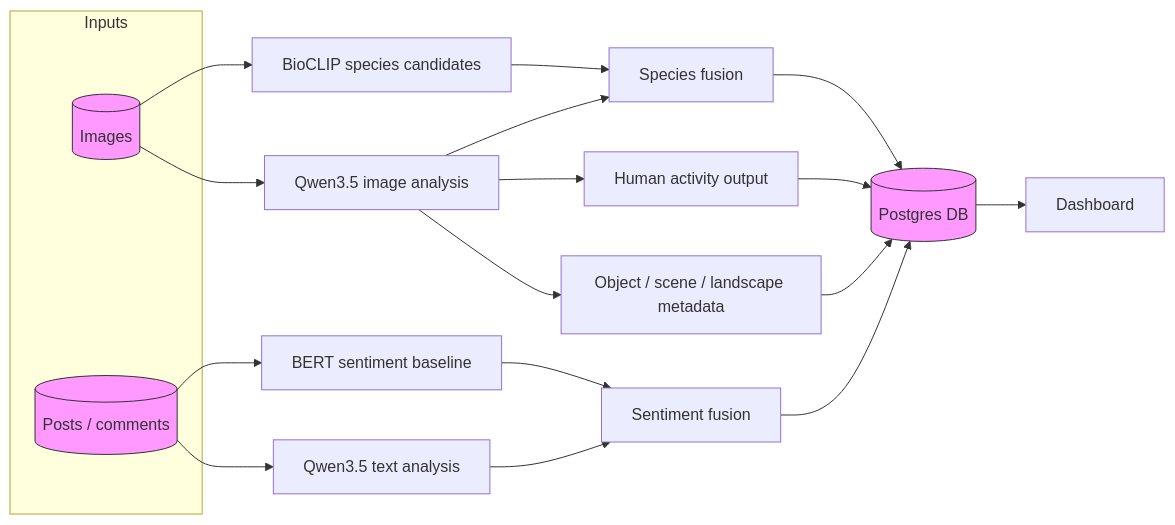
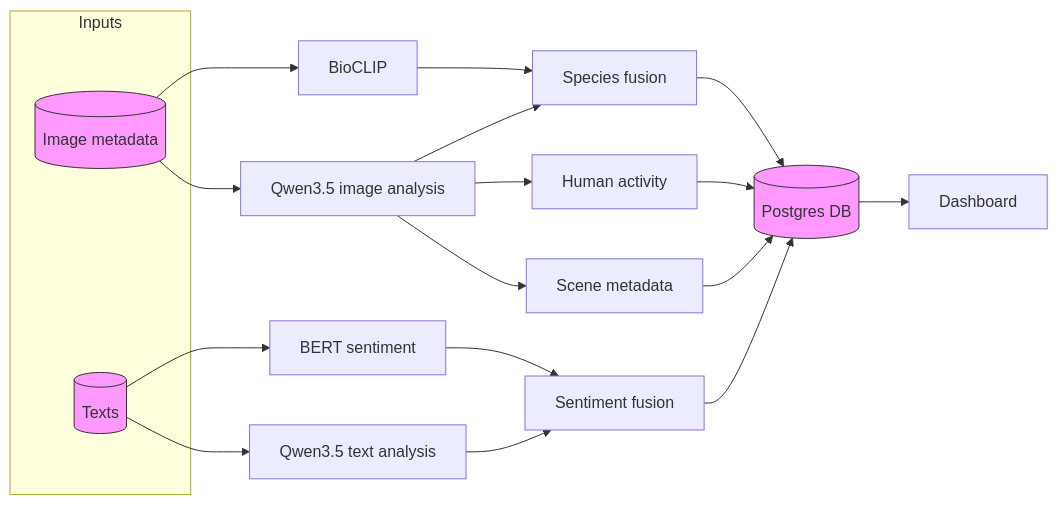
One commit to Data-Science-Project-2026/ProjectNew changed the diagram in documentation/pipeline2.md. Above: the diagram before and after it, drawn with Mermaid.

````diff
--- a/documentation/pipeline2.md
+++ b/documentation/pipeline2.md
@@ -7,32 +7,32 @@
 ```mermaid
 flowchart LR
  subgraph Inputs
-  TextDB[(Posts / comments)]
-  ImageDB[(Images)]
+  TextDB[(Texts)]
+  ImageDB[(Image metadata)]
  end
 
- TextDB --> BERT[BERT sentiment baseline]
+ TextDB --> BERT[BERT sentiment]
  TextDB --> QwenText[Qwen3.5 text analysis]
 
- ImageDB --> BioCLIP[BioCLIP species candidates]
+ ImageDB --> BioCLIP[BioCLIP]
  ImageDB --> QwenVision[Qwen3.5 image analysis]
 
  BioCLIP --> SpeciesFusion[Species fusion]
  QwenVision --> SpeciesFusion
 
- QwenVision --> ActivityHead[Human activity output]
- QwenVision --> ImageContext[Object / scene / landscape metadata]
+ QwenVision --> ActivityHead[Human activity]
+ QwenVision --> ImageContext[Scene metadata]
 
  BERT --> SentimentFusion[Sentiment fusion]
  QwenText --> SentimentFusion
 
  SpeciesFusion --> Postgres[(Postgres DB)]
  ActivityHead --> Postgres
  ImageContext --> Postgres
  SentimentFusion --> Postgres
 
  Postgres --> Dashboard[Dashboard]
 
  classDef db fill:#f9f,stroke:#333,stroke-width:1px;
  class TextDB,ImageDB,Postgres db;
 ```
````
